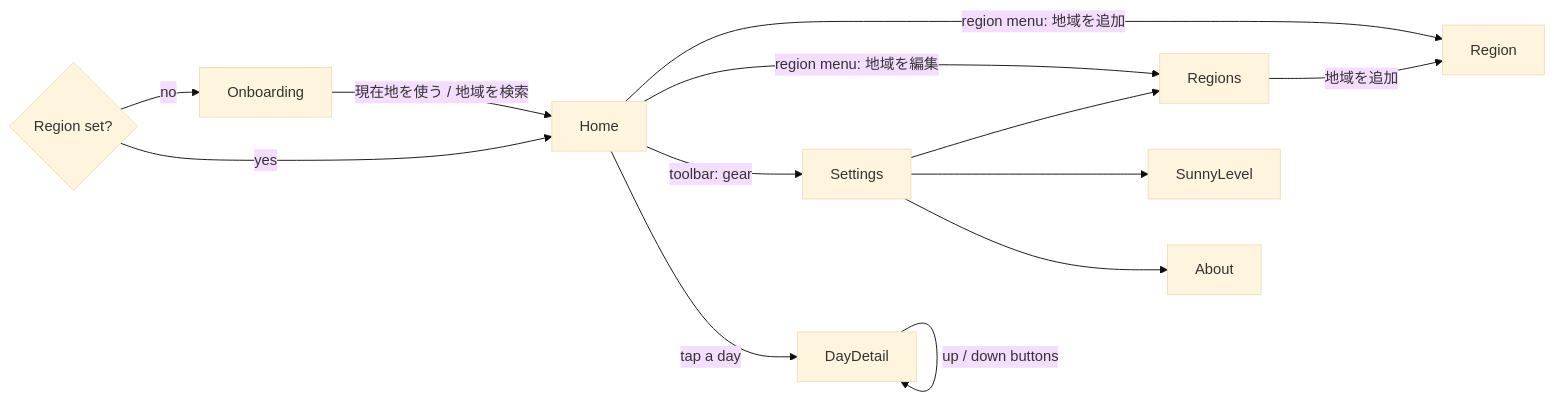
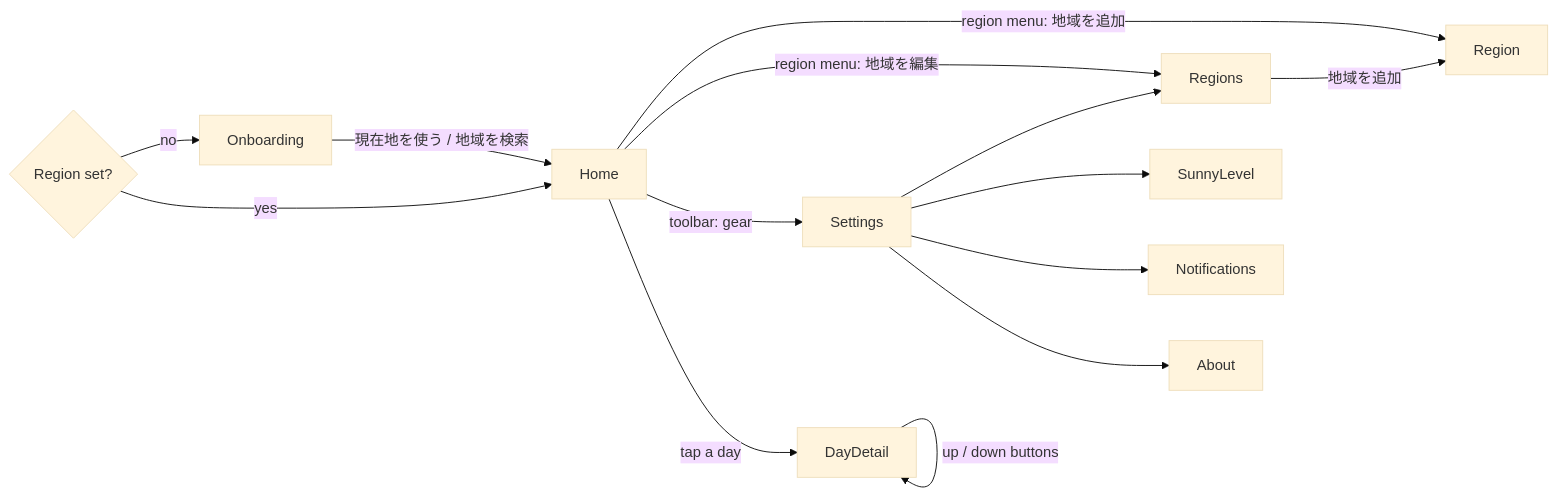
One commit to naipaka/NextSunnyDay-iOS changed the diagram in docs/design/spec.md. Above: the diagram before and after it, drawn with Mermaid (base theme). The commit also changed other lines of this file and 6 other files, not shown here.

````diff
--- a/docs/design/spec.md
+++ b/docs/design/spec.md
@@ -30,15 +31,16 @@
 ```mermaid
 flowchart LR
   Launch{Region set?} -- no --> Onboarding
   Launch -- yes --> Home
   Onboarding -- 現在地を使う / 地域を検索 --> Home
   Home -- region menu: 地域を追加 --> Region
   Home -- region menu: 地域を編集 --> Regions
   Regions -- 地域を追加 --> Region
   Home -- toolbar: gear --> Settings
   Home -- tap a day --> DayDetail
   DayDetail -- up / down buttons --> DayDetail
   Settings --> Regions
   Settings --> SunnyLevel
+  Settings --> Notifications
   Settings --> About
 ```
````
